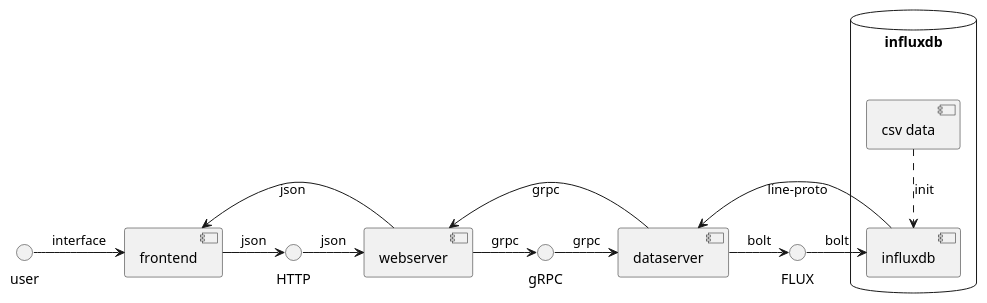
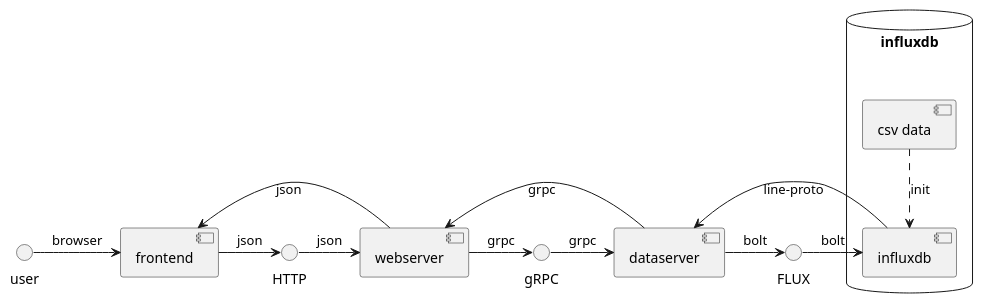
The diagram in components.iuml (fakegermano/consumption), drawn with PlantUML before and after one commit. The commit also changed 2 other files, not shown here.

```diff
--- a/components.iuml
+++ b/components.iuml
@@ -1,26 +1,26 @@
 @startuml
 interface FLUX as f
 interface gRPC as g
 interface HTTP as h
 
 database "influxdb" {
 [influxdb] as DB
 [csv data] as CSV
 }
 [dataserver] as DATA
 [webserver] as WEB
 [frontend] as FRONT
 
-user -> FRONT : interface
+user -> FRONT : browser
 FRONT -> h : json
 h -> WEB : json
 WEB -> g : grpc
 g -> DATA : grpc
 DATA -> f : bolt
 f -> DB : bolt
 DB -> DATA : line-proto
 DATA -> WEB : grpc
 WEB -> FRONT : json
 
 CSV ..> DB : init
 @enduml
```
